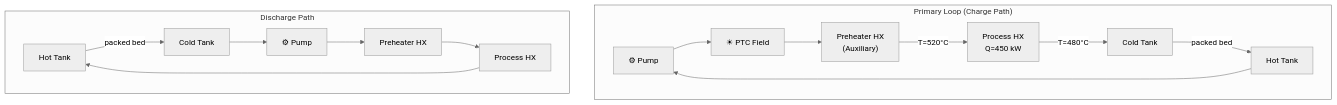
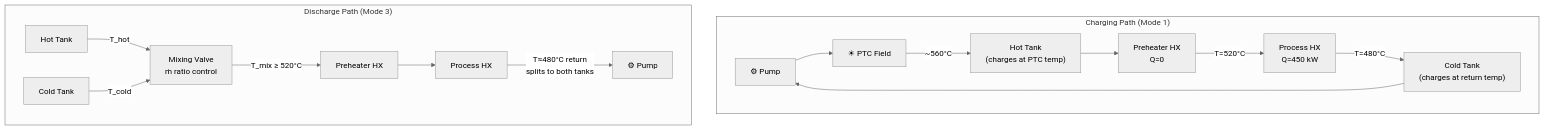
One commit to iwolde/pbtes-sim changed the fourth of 17 diagrams in .planning/PLANT_LAYOUTS_AND_MODES.md. Above: the diagram before and after it, drawn with Mermaid (neutral theme). The commit also changed other lines of this file and 1 other file, not shown here.

Commit message:
docs: Redesign 2-tank direct config with parallel discharge mixing valve

````diff
--- a/.planning/PLANT_LAYOUTS_AND_MODES.md
+++ b/.planning/PLANT_LAYOUTS_AND_MODES.md
@@ -228,19 +241,19 @@
 ```mermaid
 graph TD
-    subgraph "Primary Loop (Charge Path)"
+    subgraph "Charging Path (Mode 1)"
         P1["⚙ Pump"] --> PTC["☀ PTC Field"]
-        PTC --> PH["Preheater HX<br/>(Auxiliary)"]
+        PTC -->|"~560°C"| HT["Hot Tank<br/>(charges at PTC temp)"]
+        HT --> PH["Preheater HX<br/>Q=0"]
         PH -->|"T=520°C"| PR["Process HX<br/>Q=450 kW"]
-        PR -->|"T=480°C"| CT["Cold Tank"]
-        CT -->|"packed bed"| HT["Hot Tank"]
-        HT --> P1
+        PR -->|"T=480°C"| CT["Cold Tank<br/>(charges at return temp)"]
+        CT --> P1
     end
 
-    subgraph "Discharge Path"
-        HT2["Hot Tank"] -->|"packed bed"| CT2["Cold Tank"]
-        CT2 --> P1D["⚙ Pump"]
-        P1D --> PH2["Preheater HX"]
+    subgraph "Discharge Path (Mode 3)"
+        HT2["Hot Tank"] -->|"T_hot"| MV["Mixing Valve<br/>ṁ ratio control"]
+        CT2["Cold Tank"] -->|"T_cold"| MV
+        MV -->|"T_mix ≥ 520°C"| PH2["Preheater HX"]
         PH2 --> PR2["Process HX"]
-        PR2 --> HT2
+        PR2 -->|"T≈480°C return<br/>splits to both tanks"| P1D["⚙ Pump"]
     end
 ```
````
